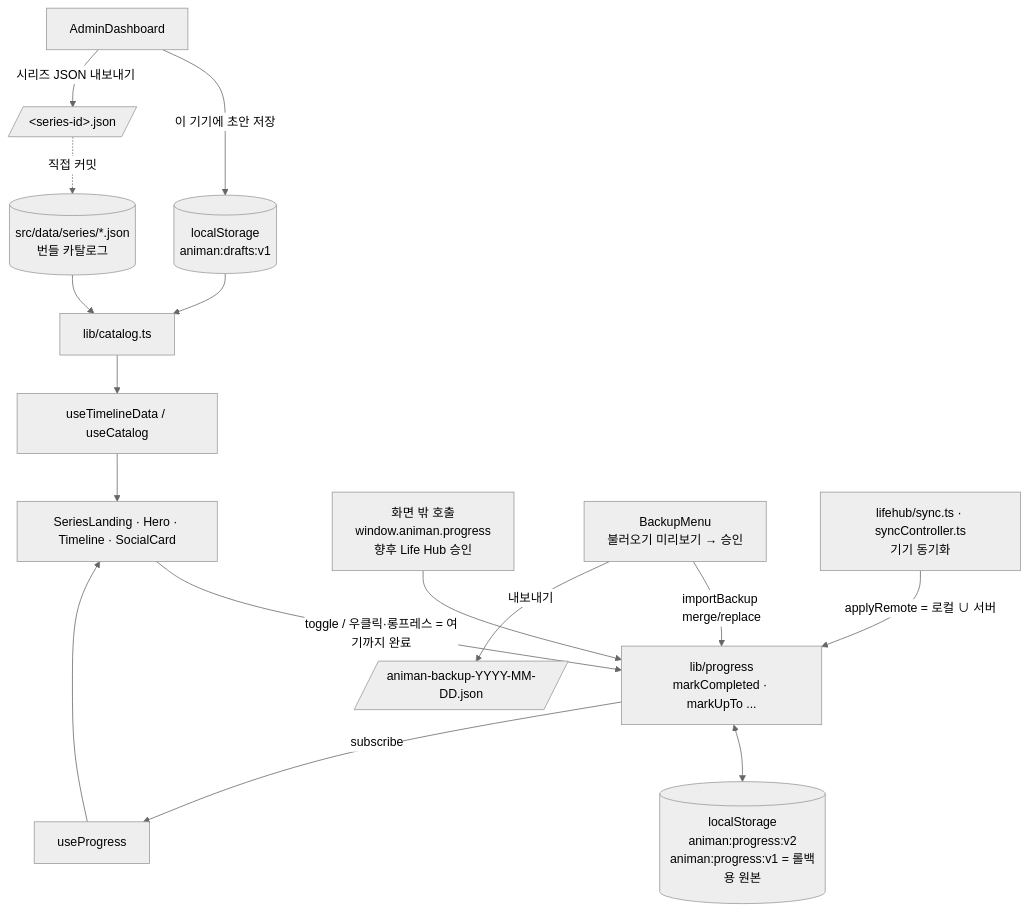
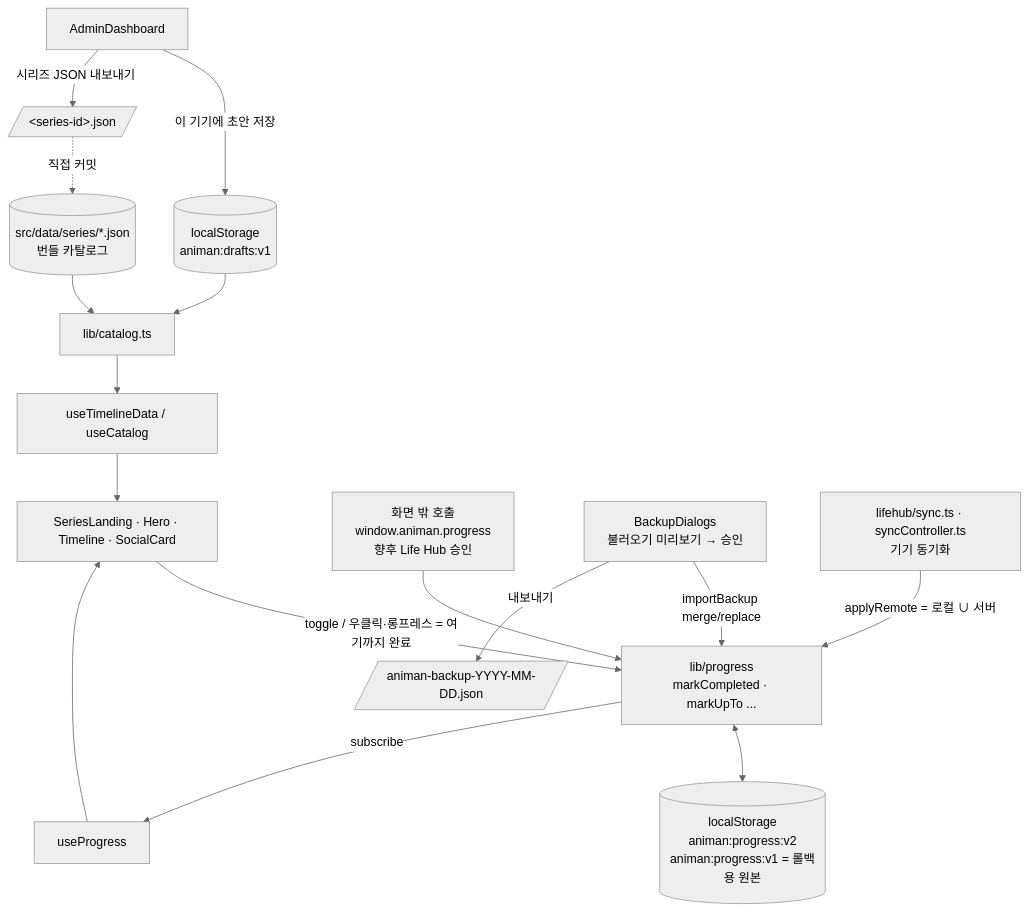
Before and after one commit to KINGJNU-sakayume/AniMan: the first of 3 diagrams in README.md, drawn with Mermaid (neutral theme). The commit also changed other lines of this file and 31 other files, not shown here.

````diff
--- a/README.md
+++ b/README.md
@@ -53,19 +54,19 @@
 ```mermaid
 flowchart TD
     J[(src/data/series/*.json<br/>번들 카탈로그)] --> C[lib/catalog.ts]
     D[(localStorage<br/>animan:drafts:v1)] --> C
     C --> TD[useTimelineData / useCatalog]
     TD --> UI[SeriesLanding · Hero · Timeline · SocialCard]
 
     UI -->|toggle / 우클릭·롱프레스 = 여기까지 완료| P[lib/progress<br/>markCompleted · markUpTo ...]
     X[화면 밖 호출<br/>window.animan.progress<br/>향후 Life Hub 승인] --> P
-    B[BackupMenu<br/>불러오기 미리보기 → 승인] -->|importBackup merge/replace| P
+    B[BackupDialogs<br/>불러오기 미리보기 → 승인] -->|importBackup merge/replace| P
     S[lifehub/sync.ts · syncController.ts<br/>기기 동기화] -->|applyRemote = 로컬 ∪ 서버| P
     P <--> L[(localStorage<br/>animan:progress:v2<br/>animan:progress:v1 = 롤백용 원본)]
     P -->|subscribe| UP[useProgress] --> UI
     B -->|내보내기| F[/animan-backup-YYYY-MM-DD.json/]
 
     A[AdminDashboard] -->|이 기기에 초안 저장| D
     A -->|시리즈 JSON 내보내기| G[/&lt;series-id&gt;.json/]
     G -.->|직접 커밋| J
 ```
````
